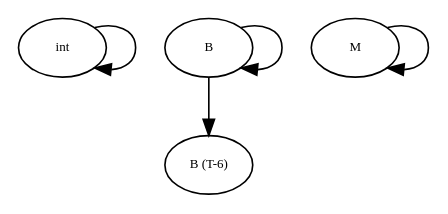
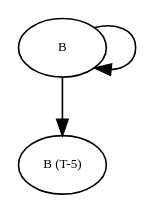
The diagram in graphs/debug_tree2.dot (amso100/livescript-declarations), drawn with Graphviz before and after one commit. The commit also changed 15 other files, not shown here.

```diff
--- a/graphs/debug_tree2.dot
+++ b/graphs/debug_tree2.dot
@@ -1,37 +1,19 @@
 digraph RGL__DirectedAdjacencyGraph {
-    int [
-        fontsize = 8,
-        label = int
-    ]
-
     B [
         fontsize = 8,
         label = B
     ]
 
-    "B (T-6)" [
+    "B (T-5)" [
         fontsize = 8,
-        label = "B (T-6)"
-    ]
-
-    M [
-        fontsize = 8,
-        label = M
-    ]
-
-    int -> int [
-        fontsize = 8
+        label = "B (T-5)"
     ]
 
     B -> B [
         fontsize = 8
     ]
 
-    B -> "B (T-6)" [
-        fontsize = 8
-    ]
-
-    M -> M [
+    B -> "B (T-5)" [
         fontsize = 8
     ]
 }
```
